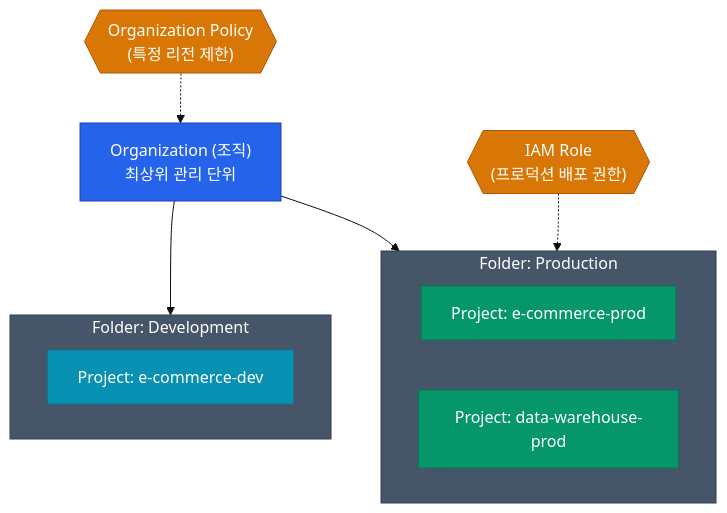
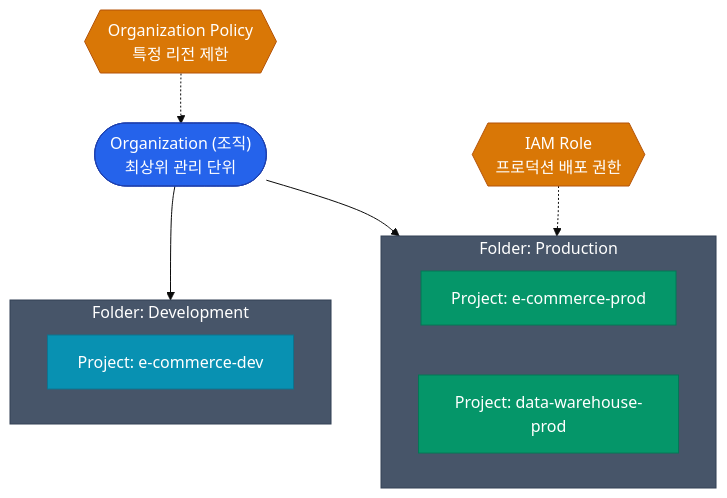
The diagram in _posts/cloud-infrastructure/2026-04-20-gcp-01-iam.md (No1Joon/No1Joon.github.io), drawn with Mermaid (base theme) before and after one commit. The commit also changed other lines of this file and 36 other files, not shown here.

````diff
--- a/_posts/cloud-infrastructure/2026-04-20-gcp-01-iam.md
+++ b/_posts/cloud-infrastructure/2026-04-20-gcp-01-iam.md
@@ -19,31 +20,33 @@
 ```mermaid
 flowchart TD
-    ORG["Organization (조직)<br/>최상위 관리 단위"]
+    ORG(["Organization (조직)<br/>최상위 관리 단위"])
     
     subgraph f_prod [Folder: Production]
         P_ECOM_P["Project: e-commerce-prod"]
         P_DATA_P["Project: data-warehouse-prod"]
     end
     
     subgraph f_dev [Folder: Development]
         P_ECOM_D["Project: e-commerce-dev"]
     end
 
     ORG --> f_prod
     ORG --> f_dev
     
-    POLICY_ORG{{"Organization Policy<br/>(특정 리전 제한)"}} -.-> ORG
-    POLICY_PROD{{"IAM Role<br/>(프로덕션 배포 권한)"}} -.-> f_prod
+    POLICY_ORG{{Organization Policy<br/>특정 리전 제한}} -.-> ORG
+    POLICY_PROD{{IAM Role<br/>프로덕션 배포 권한}} -.-> f_prod
 
     classDef primary fill:#2563eb,stroke:#1e40af,color:#ffffff
     classDef success fill:#059669,stroke:#047857,color:#ffffff
     classDef warn fill:#d97706,stroke:#b45309,color:#ffffff
+    classDef danger fill:#dc2626,stroke:#991b1b,color:#ffffff
     classDef info fill:#0891b2,stroke:#0e7490,color:#ffffff
     classDef neutral fill:#475569,stroke:#334155,color:#ffffff
+    classDef muted fill:#e2e8f0,stroke:#94a3b8,color:#0f172a
 
     class ORG primary
     class f_prod,f_dev neutral
     class P_ECOM_P,P_DATA_P success
     class P_ECOM_D info
     class POLICY_ORG,POLICY_PROD warn
 ```
````
